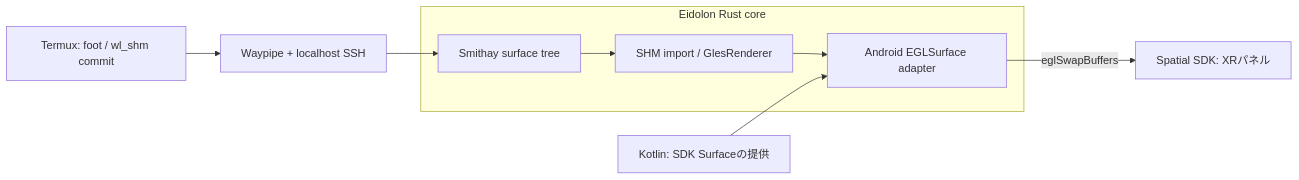
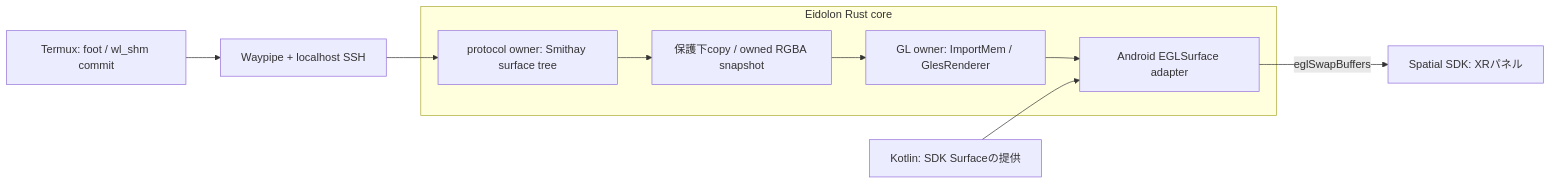
One commit to tin-machine/eidolon-wayland changed the diagram in docs/phase-4-rust-window-rendering.md. Above: the diagram before and after it, drawn with Mermaid. The commit also changed other lines of this file and 21 other files, not shown here.

````diff
--- a/docs/phase-4-rust-window-rendering.md
+++ b/docs/phase-4-rust-window-rendering.md
@@ -16,11 +18,12 @@
 ```mermaid
 flowchart LR
   F["Termux: foot / wl_shm commit"] --> W["Waypipe + localhost SSH"]
   subgraph R["Eidolon Rust core"]
-    C["Smithay surface tree"] --> I["SHM import / GlesRenderer"]
+    C["protocol owner: Smithay surface tree"] --> S["保護下copy / owned RGBA snapshot"]
+    S --> I["GL owner: ImportMem / GlesRenderer"]
     I --> E["Android EGLSurface adapter"]
   end
   W --> C
   K["Kotlin: SDK Surfaceの提供"] --> E
   E -->|"eglSwapBuffers"| P["Spatial SDK: XRパネル"]
 ```
````
